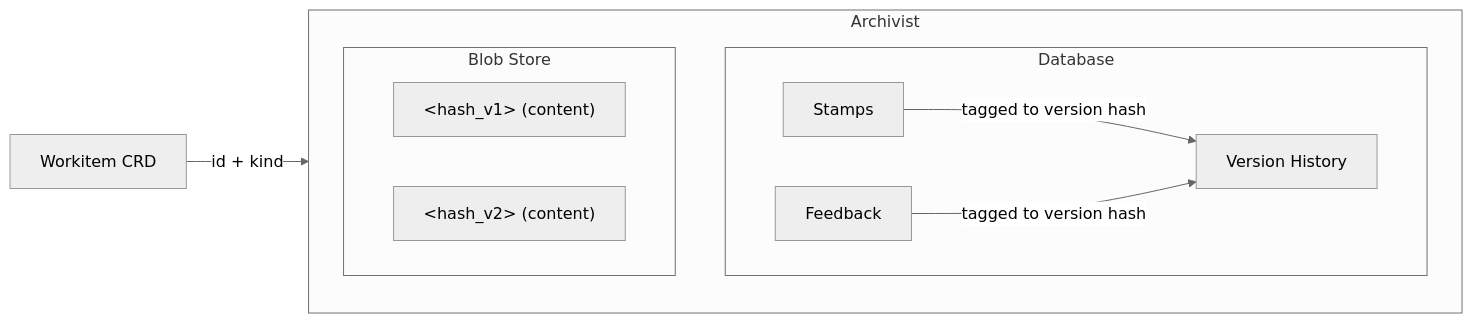
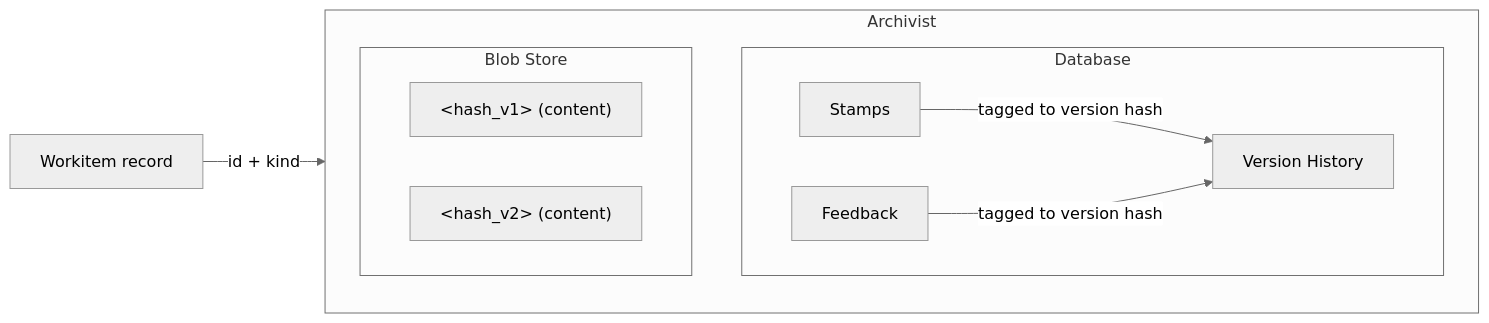
The second of 3 diagrams in 01-concepts/02-data-model.md (really-knows-ai/gideas), drawn with Mermaid (neutral theme) before and after one commit. The commit also changed other lines of this file, not shown here.

Commit message:
docs(concepts): make workitem model abstraction-first

````diff
--- a/01-concepts/02-data-model.md
+++ b/01-concepts/02-data-model.md
@@ -200,18 +199,18 @@
 ```mermaid
 flowchart LR
     subgraph Archivist["Archivist"]
         direction TB
         subgraph DB["Database"]
             Versions["Version History"]
             Stamps["Stamps"]
             FB["Feedback"]
         end
         subgraph Blobs["Blob Store"]
             V1["&lt;hash_v1&gt; (content)"]
             V2["&lt;hash_v2&gt; (content)"]
         end
     end
-    WI["Workitem CRD"] -->|"id + kind"| DB
+    WI["Workitem record"] -->|"id + kind"| DB
     Stamps -->|"tagged to version hash"| Versions
     FB -->|"tagged to version hash"| Versions
 ```
````
